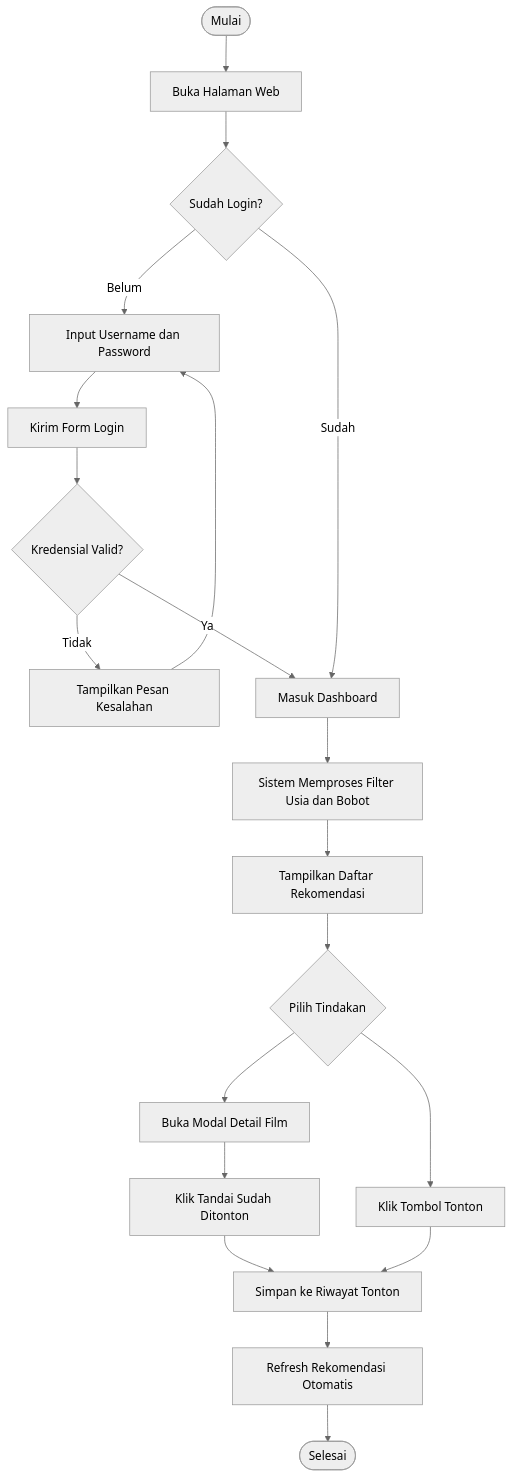
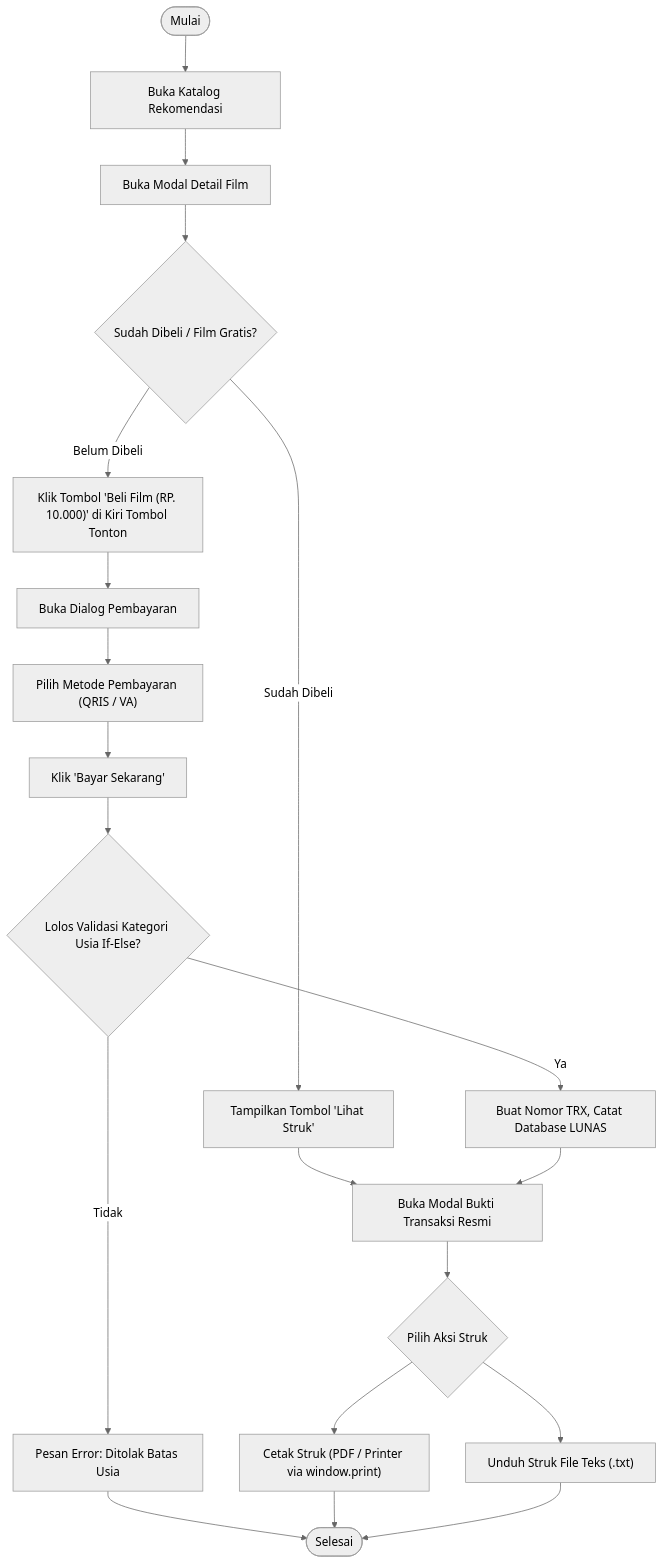
One commit to MangOleh22/rekomendasi-film changed the fifth of 5 diagrams in DOKUMENTASI_PROYEK.md. Above: the diagram before and after it, drawn with Mermaid (neutral theme). The commit also changed other lines of this file and 20 other files, not shown here.

Commit message:
feat: implementasi modul pembayaran film rupiah, cetak struk transaksi, algoritma if-else batasan umur, dan pembaruan dokumentasi changelog

````diff
--- a/DOKUMENTASI_PROYEK.md
+++ b/DOKUMENTASI_PROYEK.md
@@ -230,24 +264,26 @@
 ```mermaid
 flowchart TD
-    Start(["Mulai"]) --> BukaAplikasi["Buka Halaman Web"]
-    BukaAplikasi --> CekLogin{"Sudah Login?"}
-    CekLogin -- "Belum" --> InputKredensial["Input Username dan Password"]
-    InputKredensial --> SubmitLogin["Kirim Form Login"]
-    SubmitLogin --> ValidasiAuth{"Kredensial Valid?"}
-    ValidasiAuth -- "Tidak" --> MunculError["Tampilkan Pesan Kesalahan"] --> InputKredensial
-    ValidasiAuth -- "Ya" --> MasukDashboard["Masuk Dashboard"]
-    CekLogin -- "Sudah" --> MasukDashboard
-
-    MasukDashboard --> HitungRekomendasi["Sistem Memproses Filter Usia dan Bobot"]
-    HitungRekomendasi --> TampilDaftar["Tampilkan Daftar Rekomendasi"]
+    Start(["Mulai"]) --> MasukDashboard["Buka Katalog Rekomendasi"]
+    MasukDashboard --> KlikDetail["Buka Modal Detail Film"]
+    KlikDetail --> CekBeli{"Sudah Dibeli / Film Gratis?"}
     
-    TampilDaftar --> PilihAksi{"Pilih Tindakan"}
-    PilihAksi --> KlikDetail["Buka Modal Detail Film"]
-    PilihAksi --> KlikTonton["Klik Tombol Tonton"]
+    CekBeli -- "Sudah Dibeli" --> TombolStruk["Tampilkan Tombol 'Lihat Struk'"]
+    TombolStruk --> BukaStruk["Buka Modal Bukti Transaksi Resmi"]
     
-    KlikDetail --> KonfirmasiTonton["Klik Tandai Sudah Ditonton"] --> CatatHistory["Simpan ke Riwayat Tonton"]
-    KlikTonton --> CatatHistory
+    CekBeli -- "Belum Dibeli" --> KlikBeli["Klik Tombol 'Beli Film (RP. 10.000)' di Kiri Tombol Tonton"]
+    KlikBeli --> BukaPaymentModal["Buka Dialog Pembayaran"]
+    BukaPaymentModal --> PilihMetode["Pilih Metode Pembayaran (QRIS / VA)"]
+    PilihMetode --> KonfirmasiBayar["Klik 'Bayar Sekarang'"]
     
-    CatatHistory --> RefreshRekomendasi["Refresh Rekomendasi Otomatis"]
-    RefreshRekomendasi --> Selesai(["Selesai"])
+    KonfirmasiBayar --> ValidasiUmur{"Lolos Validasi Kategori Usia If-Else?"}
+    ValidasiUmur -- "Tidak" --> GagalBayar["Pesan Error: Ditolak Batas Usia"] --> Selesai(["Selesai"])
+    ValidasiUmur -- "Ya" --> SuksesBayar["Buat Nomor TRX, Catat Database LUNAS"]
+    
+    SuksesBayar --> BukaStruk
+    BukaStruk --> PilihanCetak{"Pilih Aksi Struk"}
+    PilihanCetak --> CetakStruk["Cetak Struk (PDF / Printer via window.print)"]
+    PilihanCetak --> DownloadStruk["Unduh Struk File Teks (.txt)"]
+    
+    CetakStruk --> Selesai
+    DownloadStruk --> Selesai
 ```
````
